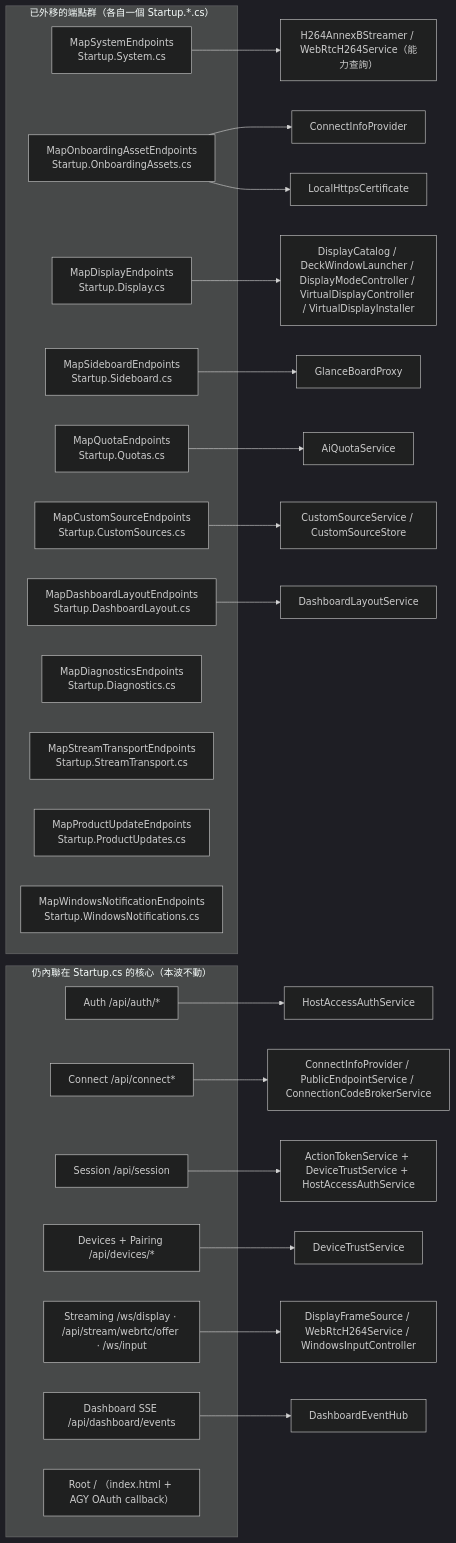
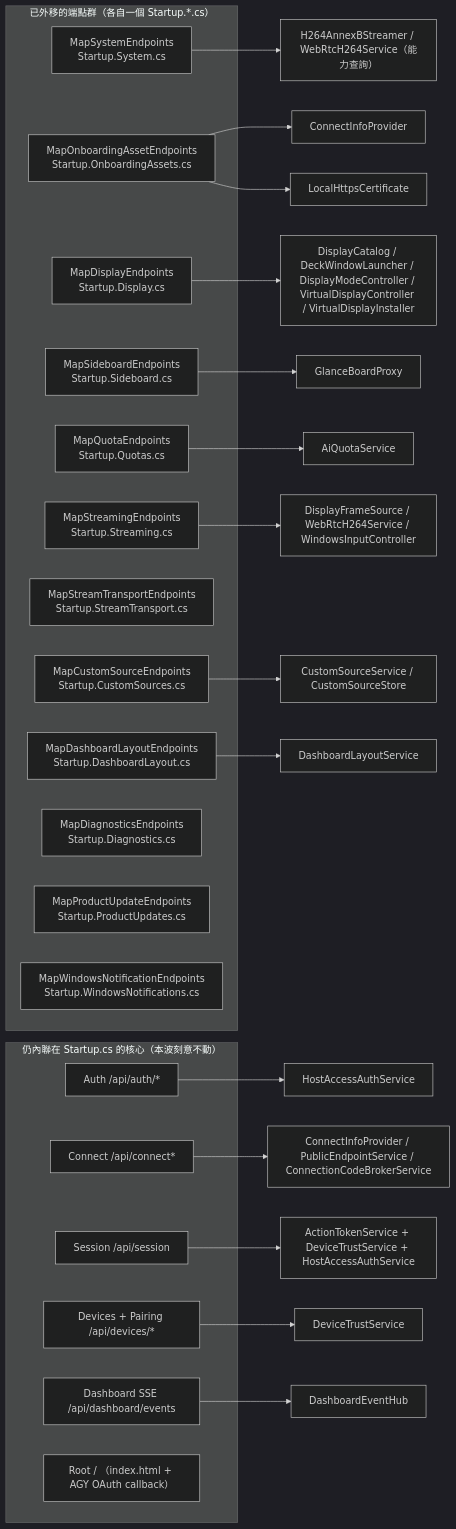
The second of 3 diagrams in docs/host-endpoint-architecture.md (mabyes1/phoneMonitor), drawn with Mermaid (dark theme) before and after one commit. The commit also changed other lines of this file, not shown here.

Commit message:
docs: update host architecture map for streaming endpoint extraction

````diff
--- a/docs/host-endpoint-architecture.md
+++ b/docs/host-endpoint-architecture.md
@@ -37,42 +37,42 @@
 ```mermaid
 flowchart LR
     subgraph EXTRACTED["已外移的端點群（各自一個 Startup.*.cs）"]
       SYS["MapSystemEndpoints<br/>Startup.System.cs"]
       ONB["MapOnboardingAssetEndpoints<br/>Startup.OnboardingAssets.cs"]
       DISP["MapDisplayEndpoints<br/>Startup.Display.cs"]
       SIDE["MapSideboardEndpoints<br/>Startup.Sideboard.cs"]
       QUOTA["MapQuotaEndpoints<br/>Startup.Quotas.cs"]
+      STREAMEP["MapStreamingEndpoints<br/>Startup.Streaming.cs"]
+      TRANS["MapStreamTransportEndpoints<br/>Startup.StreamTransport.cs"]
       CUSTOM["MapCustomSourceEndpoints<br/>Startup.CustomSources.cs"]
       DASHL["MapDashboardLayoutEndpoints<br/>Startup.DashboardLayout.cs"]
       DIAG["MapDiagnosticsEndpoints<br/>Startup.Diagnostics.cs"]
-      STR["MapStreamTransportEndpoints<br/>Startup.StreamTransport.cs"]
       UPD["MapProductUpdateEndpoints<br/>Startup.ProductUpdates.cs"]
       NOTE["MapWindowsNotificationEndpoints<br/>Startup.WindowsNotifications.cs"]
     end
 
-    subgraph CORE["仍內聯在 Startup.cs 的核心（本波不動）"]
+    subgraph CORE["仍內聯在 Startup.cs 的核心（本波刻意不動）"]
       AUTH["Auth /api/auth/*"]
       CONN["Connect /api/connect*"]
       SESS["Session /api/session"]
       DEVP["Devices + Pairing /api/devices/*"]
-      WS["Streaming /ws/display · /api/stream/webrtc/offer · /ws/input"]
       SSE["Dashboard SSE /api/dashboard/events"]
       ROOT["Root / （index.html + AGY OAuth callback）"]
     end
 
     SYS --> SVC_STREAMCAP["H264AnnexBStreamer / WebRtcH264Service（能力查詢）"]
     ONB --> SVC_CONN["ConnectInfoProvider"]
     ONB --> SVC_CERT["LocalHttpsCertificate"]
     DISP --> SVC_DISP["DisplayCatalog / DeckWindowLauncher / DisplayModeController / VirtualDisplayController / VirtualDisplayInstaller"]
     SIDE --> SVC_GLANCE["GlanceBoardProxy"]
     QUOTA --> SVC_QUOTA["AiQuotaService"]
+    STREAMEP --> SVC_WS["DisplayFrameSource / WebRtcH264Service / WindowsInputController"]
     CUSTOM --> SVC_CUSTOM["CustomSourceService / CustomSourceStore"]
     DASHL --> SVC_DASHL["DashboardLayoutService"]
 
     AUTH --> SVC_AUTH["HostAccessAuthService"]
     CONN --> SVC_CONNSVC["ConnectInfoProvider / PublicEndpointService / ConnectionCodeBrokerService"]
     SESS --> SVC_SESS["ActionTokenService + DeviceTrustService + HostAccessAuthService"]
     DEVP --> SVC_DEV["DeviceTrustService"]
-    WS --> SVC_WS["DisplayFrameSource / WebRtcH264Service / WindowsInputController"]
     SSE --> SVC_SSE["DashboardEventHub"]
 ```
````
